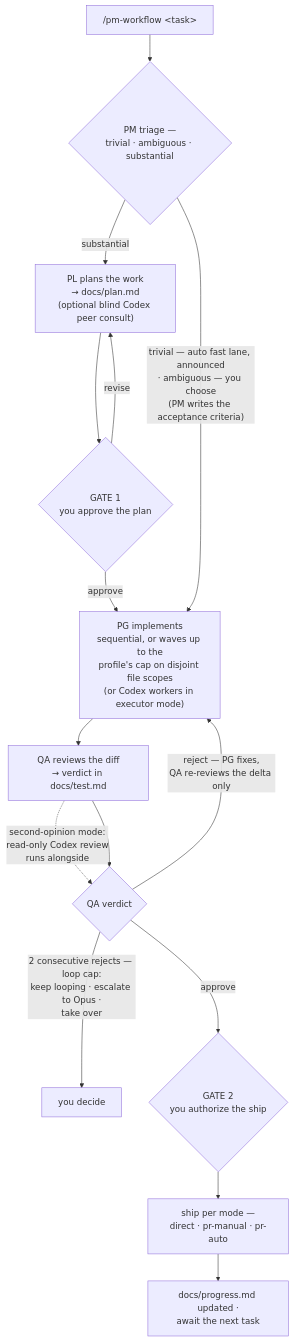
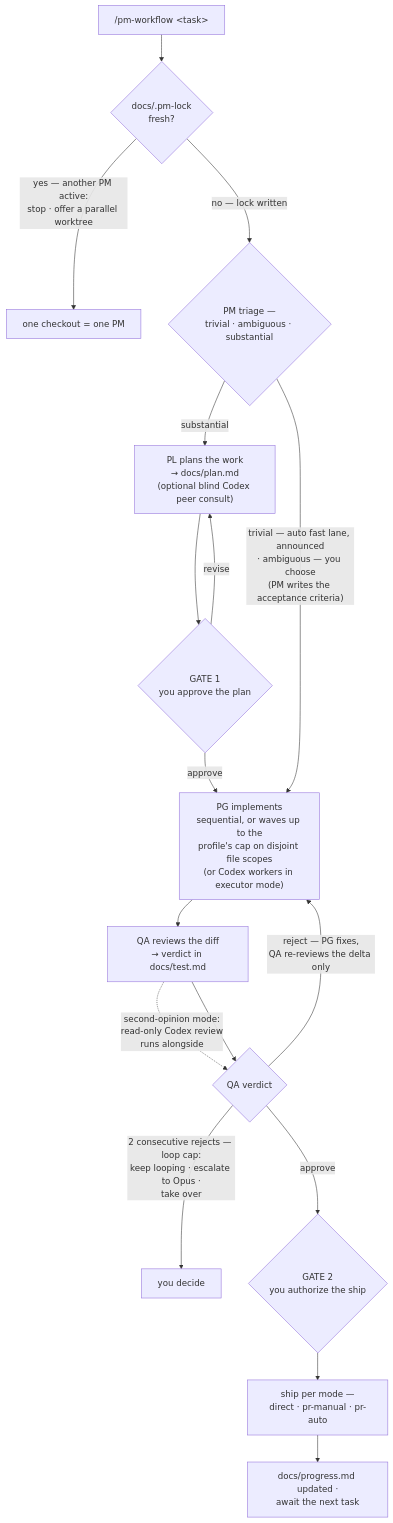
One commit to AlaskanTuna/pm-workflow changed the third of 3 diagrams in README.md. Above: the diagram before and after it, drawn with Mermaid. The commit also changed other lines of this file and 9 other files, not shown here.

````diff
--- a/README.md
+++ b/README.md
@@ -227,17 +232,19 @@
 ```mermaid
 flowchart TD
-    TASK["/pm-workflow &lt;task&gt;"] --> TRIAGE{"PM triage —<br/>trivial · ambiguous · substantial"}
+    TASK["/pm-workflow &lt;task&gt;"] --> LOCK{"docs/.pm-lock<br/>fresh?"}
+    LOCK -->|"yes — another PM active:<br/>stop · offer a parallel worktree"| HALT["one checkout = one PM"]
+    LOCK -->|no — lock written| TRIAGE{"PM triage —<br/>trivial · ambiguous · substantial"}
     TRIAGE -->|substantial| PLAN["PL plans the work<br/>→ docs/plan.md<br/>(optional blind Codex peer consult)"]
     PLAN --> GATE1{"GATE 1<br/>you approve the plan"}
     GATE1 -->|revise| PLAN
     GATE1 -->|approve| IMPL["PG implements<br/>sequential, or waves up to the<br/>profile's cap on disjoint file scopes<br/>(or Codex workers in executor mode)"]
     TRIAGE -->|"trivial — auto fast lane, announced<br/>· ambiguous — you choose<br/>(PM writes the acceptance criteria)"| IMPL
     IMPL --> REVIEW["QA reviews the diff<br/>→ verdict in docs/test.md"]
     REVIEW -.->|"second-opinion mode:<br/>read-only Codex review<br/>runs alongside"| VERDICT
     REVIEW --> VERDICT{"QA verdict"}
     VERDICT -->|"reject — PG fixes,<br/>QA re-reviews the delta only"| IMPL
     VERDICT -->|"2 consecutive rejects — loop cap:<br/>keep looping · escalate to Opus ·<br/>take over"| CAP["you decide"]
     VERDICT -->|approve| GATE2{"GATE 2<br/>you authorize the ship"}
     GATE2 --> SHIP["ship per mode —<br/>direct · pr-manual · pr-auto"]
     SHIP --> CLOSE["docs/progress.md updated ·<br/>await the next task"]
 ```
````
